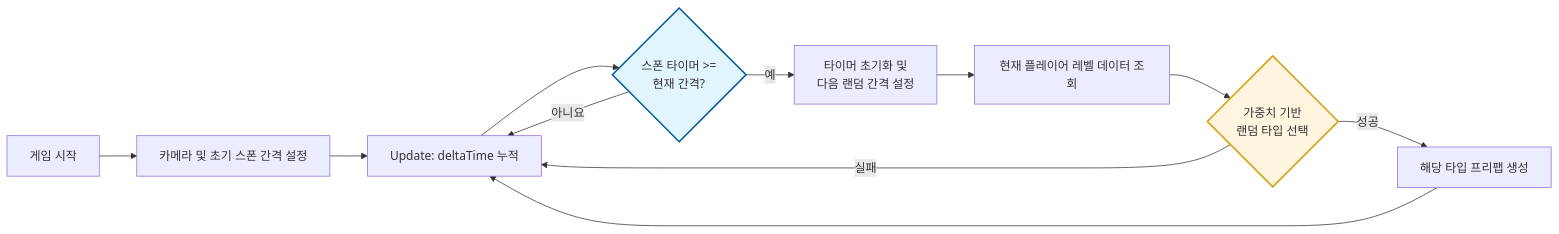
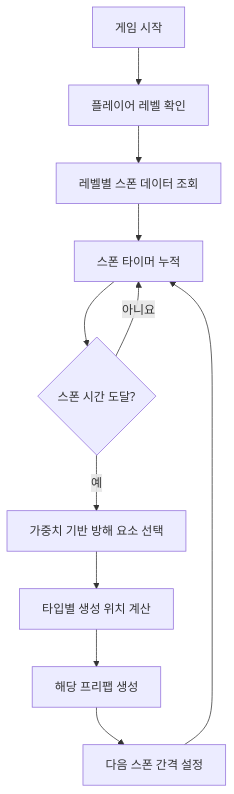
One commit to qomop-RAMMING-Dev/crayonfish-toss-game changed the first of 2 diagrams in README.md. Above: the diagram before and after it, drawn with Mermaid. The commit also changed other lines of this file, not shown here.

````diff
--- a/README.md
+++ b/README.md
@@ -44,20 +57,13 @@
-  ```mermaid
-  graph LR
-    Start[게임 시작] --> Init[카메라 및 초기 스폰 간격 설정]
-    Init --> Update[Update: deltaTime 누적]
-    
-    Update --> CheckTimer{스폰 타이머 >= <br/>현재 간격?}
-    CheckTimer -- 아니요 --> Update
-    
-    CheckTimer -- 예 --> Reset[타이머 초기화 및 <br/>다음 랜덤 간격 설정]
-    Reset --> GetLevel[현재 플레이어 레벨 데이터 조회]
-    
-    GetLevel --> Weight{가중치 기반 <br/>랜덤 타입 선택}
-    Weight -- 실패 --> Update
-    Weight -- 성공 --> Spawn[해당 타입 프리팹 생성]
-    
-    Spawn --> Update
-    
-    style Weight fill:#fff4dd,stroke:#d4a017,stroke-width:2px
-    style CheckTimer fill:#e1f5fe,stroke:#01579b,stroke-width:2px
-  ```
+```mermaid
+flowchart TD
+    A[게임 시작] --> B[플레이어 레벨 확인]
+    B --> C[레벨별 스폰 데이터 조회]
+    C --> D[스폰 타이머 누적]
+    D --> E{스폰 시간 도달?}
+    E -- 아니요 --> D
+    E -- 예 --> F[가중치 기반 방해 요소 선택]
+    F --> G[타입별 생성 위치 계산]
+    G --> H[해당 프리팹 생성]
+    H --> I[다음 스폰 간격 설정]
+    I --> D
+```
````
